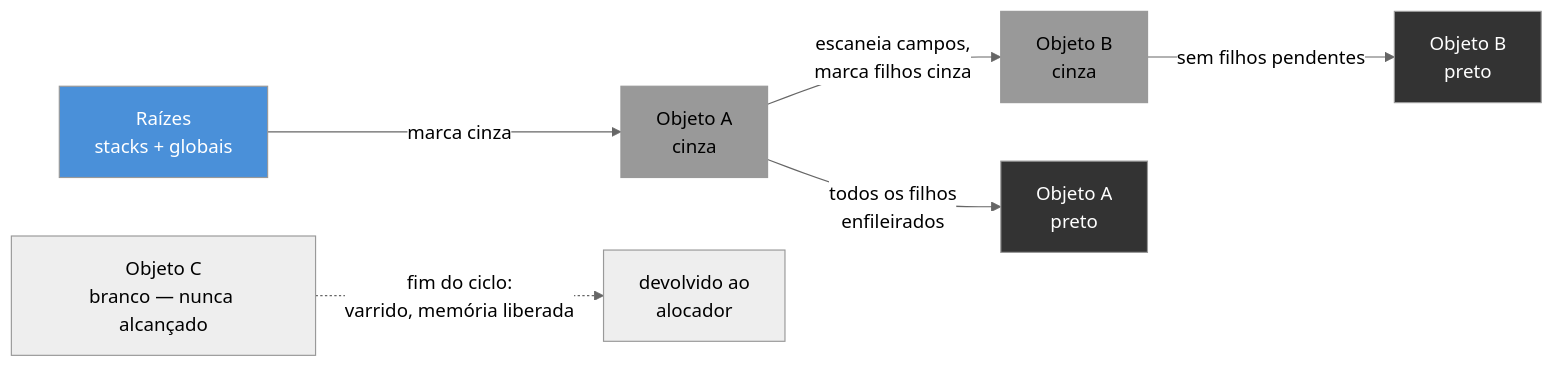
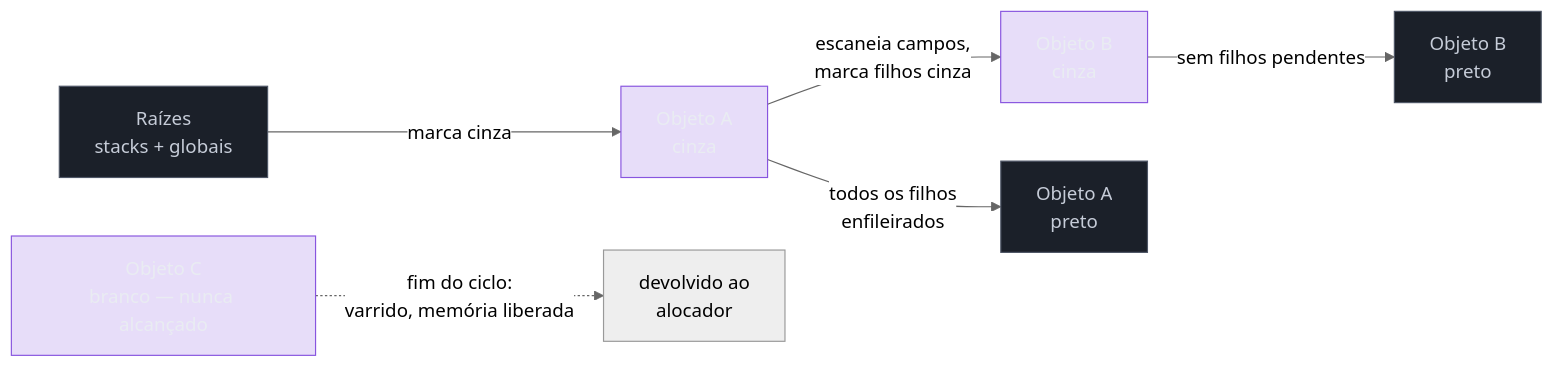
Before and after one commit to josenaldo/codex-technomanticus: the first of 2 diagrams in 03-Dominios/Tecnologia/Go/17 - Runtime interno/05 - O garbage collector.md, drawn with Mermaid (neutral theme). The commit also changed 1181 other files, not shown here.

First line of the commit message:
fix(diagramas): paleta do sistema no lugar de cor cravada no markdown

````diff
--- a/03-Dominios/Tecnologia/Go/17 - Runtime interno/05 - O garbage collector.md
+++ b/03-Dominios/Tecnologia/Go/17 - Runtime interno/05 - O garbage collector.md
@@ -40,15 +40,17 @@
 ```mermaid
 flowchart LR
+    classDef neutro fill:#1B2029,stroke:#4E5666,color:#C6CCD8
+    classDef marca fill:#8855DF33,stroke:#8855DF,color:#E9ECF2
     R["Raízes\nstacks + globais"] -->|marca cinza| A["Objeto A\ncinza"]
     A -->|escaneia campos,\nmarca filhos cinza| B["Objeto B\ncinza"]
     A -->|todos os filhos\nenfileirados| Ap["Objeto A\npreto"]
     B -->|sem filhos pendentes| Bp["Objeto B\npreto"]
     W["Objeto C\nbranco — nunca alcançado"] -.->|fim do ciclo:\nvarrido, memória liberada| Sweep["devolvido ao\nalocador"]
 
-    style R fill:#4A90D9,color:#fff
-    style A fill:#999,color:#000
-    style B fill:#999,color:#000
-    style Ap fill:#333,color:#fff
-    style Bp fill:#333,color:#fff
-    style W fill:#eee,color:#000
+    class R neutro
+    class A marca
+    class B marca
+    class Ap neutro
+    class Bp neutro
+    class W marca
 ```
````
